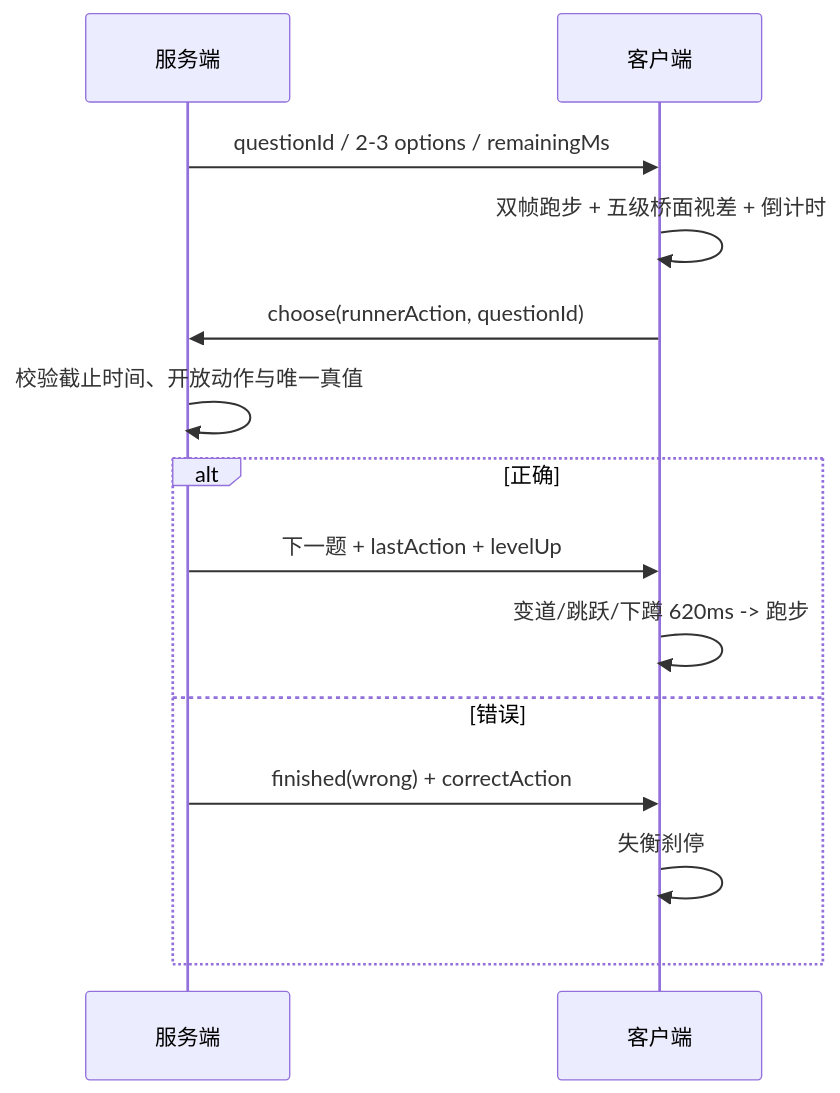
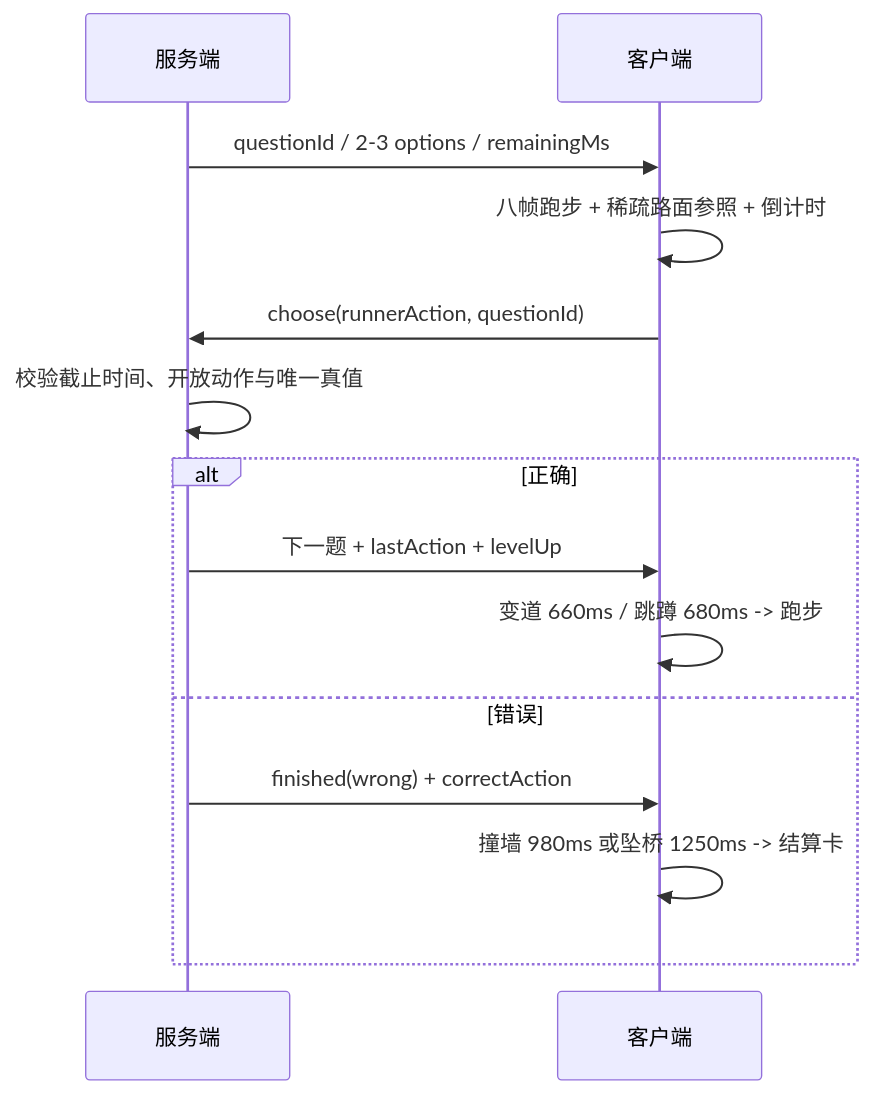
One commit to touourin/game-hall-community-games changed the diagram in plugin-math-runner/docs/ANIMATION_MODEL.md. Above: the diagram before and after it, drawn with Mermaid. The commit also changed other lines of this file and 18 other files, not shown here.

````diff
--- a/plugin-math-runner/docs/ANIMATION_MODEL.md
+++ b/plugin-math-runner/docs/ANIMATION_MODEL.md
@@ -15,16 +15,16 @@
 ```mermaid
 sequenceDiagram
     participant S as 服务端
     participant C as 客户端
     S->>C: questionId / 2-3 options / remainingMs
-        C->>C: 双帧跑步 + 五级桥面视差 + 倒计时
+    C->>C: 八帧跑步 + 稀疏路面参照 + 倒计时
     C->>S: choose(runnerAction, questionId)
     S->>S: 校验截止时间、开放动作与唯一真值
     alt 正确
         S->>C: 下一题 + lastAction + levelUp
-        C->>C: 变道/跳跃/下蹲 620ms -> 跑步
+        C->>C: 变道 660ms / 跳蹲 680ms -> 跑步
     else 错误
         S->>C: finished(wrong) + correctAction
-        C->>C: 失衡刹停
+        C->>C: 撞墙 980ms 或坠桥 1250ms -> 结算卡
     end
 ```
````
